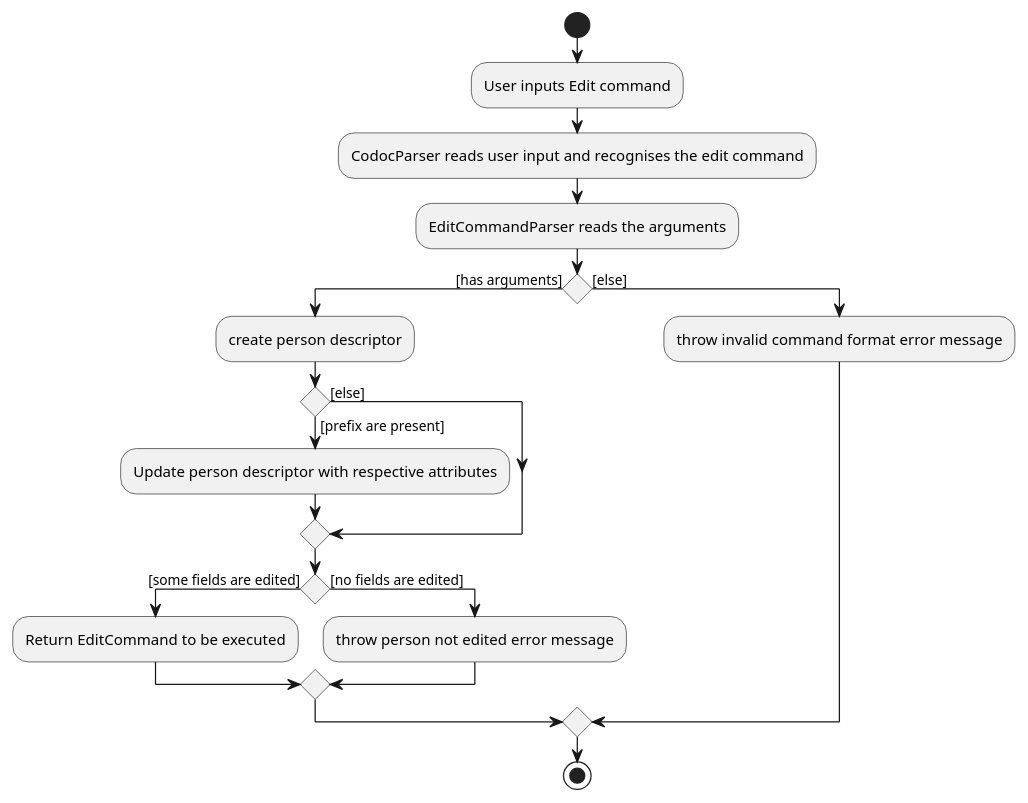
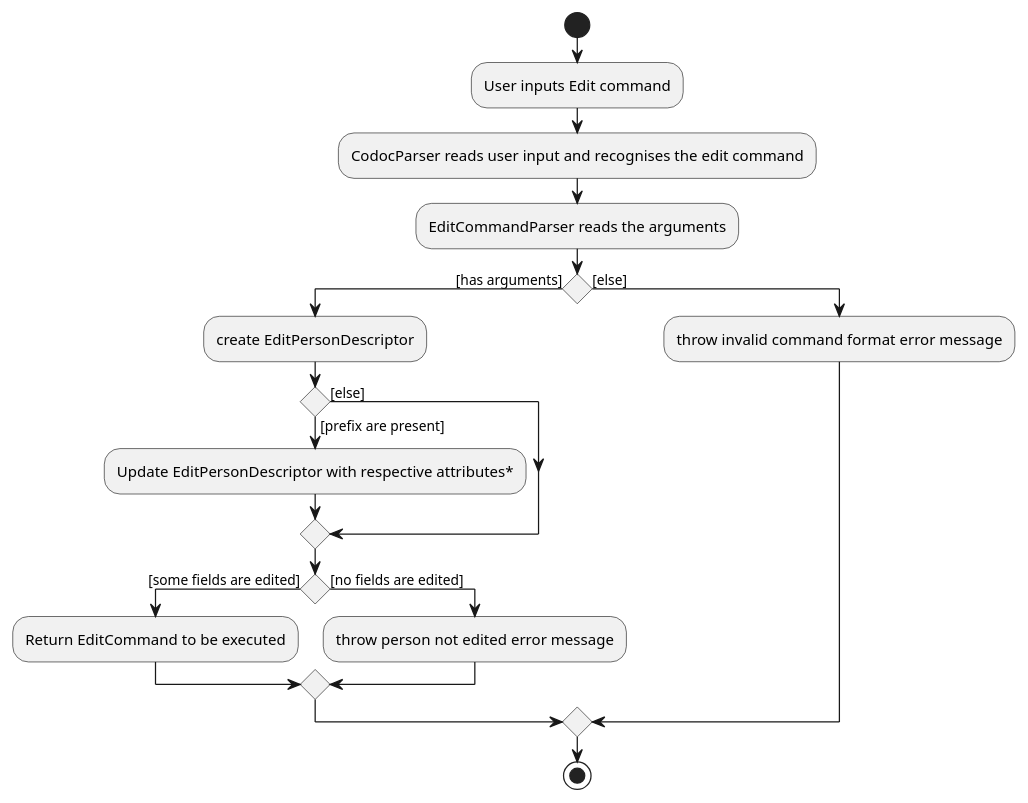
The diagram in docs/diagrams/EditActivityDiagram.puml (nus-cs2103-AY2223S2/tp), drawn with PlantUML before and after one commit. The commit also changed 8 other files, not shown here.

Commit message:
Add more diagrams for EditCommand

```diff
--- a/docs/diagrams/EditActivityDiagram.puml
+++ b/docs/diagrams/EditActivityDiagram.puml
@@ -1,25 +1,25 @@
 @startuml
 start
 :User inputs Edit command;
 :CodocParser reads user input and recognises the edit command;
 :EditCommandParser reads the arguments;
 
 'Since the beta syntax does not support placing the condition outside the
 'diamond we place it as the true branch instead.
 
 if () then ([has arguments])
-    :create person descriptor;
+    :create EditPersonDescriptor;
     if () then ([prefix are present])
-        :Update person descriptor with respective attributes;
+        :Update EditPersonDescriptor with respective attributes*;
     else ([else])
     endif
     if () then ([some fields are edited])
         :Return EditCommand to be executed;
     else ([no fields are edited])
         :throw person not edited error message;
     endif
 else ([else])
     :throw invalid command format error message;
 endif
 stop
 @enduml
```
